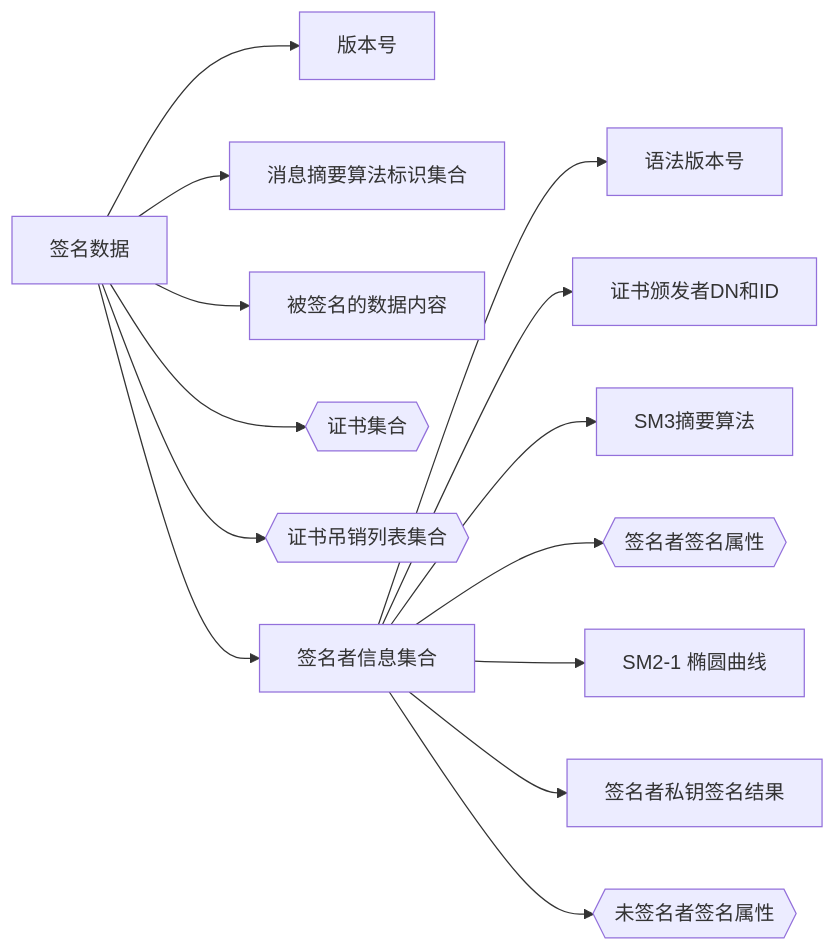
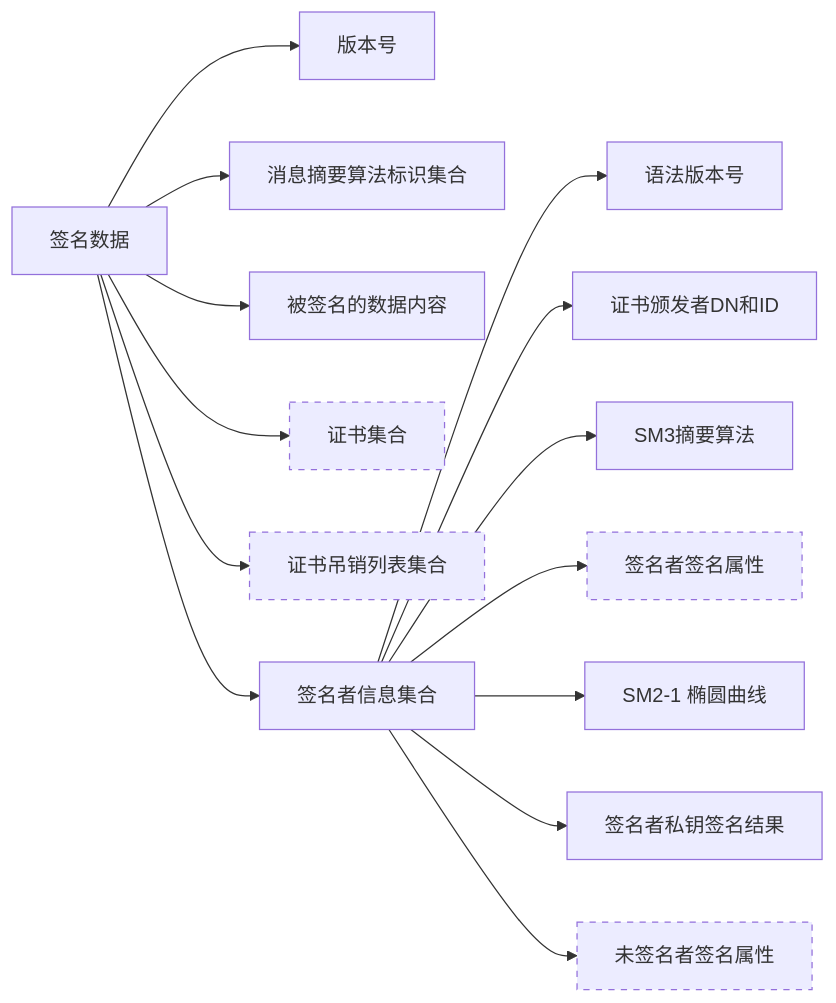
The first of 5 diagrams in _posts/2025-05-13-SM2密码算法加密签名消息语法规范.md (august295/august295.github.io), drawn with Mermaid before and after one commit. The commit also changed other lines of this file and 1 other file, not shown here.

Commit message:
fix: 修改 GitHub 和 Chirpy 不支持 mermaid 各种框类型，改为自定义

````diff
--- a/_posts/2025-05-13-SM2密码算法加密签名消息语法规范.md
+++ b/_posts/2025-05-13-SM2密码算法加密签名消息语法规范.md
@@ -66,16 +66,18 @@
 ```mermaid
 graph LR
+    classDef dashed stroke-dasharray: 5
+
     signedData[签名数据] --> version[版本号]
     signedData --> digestAlgorithms[消息摘要算法标识集合]
     signedData --> contentInfo[被签名的数据内容]
-    signedData --> certificates{{证书集合}}
-    signedData --> crls{{证书吊销列表集合}}
+    signedData --> certificates[证书集合]:::dashed
+    signedData --> crls[证书吊销列表集合]:::dashed
     signedData --> signerInfos[签名者信息集合]
     signerInfos --> si_version[语法版本号]
     signerInfos --> si_issuerAndSerialNumber[证书颁发者DN和ID]
     signerInfos --> si_digestAlgorithm[SM3摘要算法]
-    signerInfos --> si_authenticatedAttributes{{签名者签名属性}}
+    signerInfos --> si_authenticatedAttributes[签名者签名属性]:::dashed
     signerInfos --> si_digestEncryptionAlgorithm[SM2-1 椭圆曲线]
     signerInfos --> si_encryptedDigest[签名者私钥签名结果]
-    signerInfos --> si_unauthenticatedAttributes{{未签名者签名属性}}
+    signerInfos --> si_unauthenticatedAttributes[未签名者签名属性]:::dashed
 ```
````
